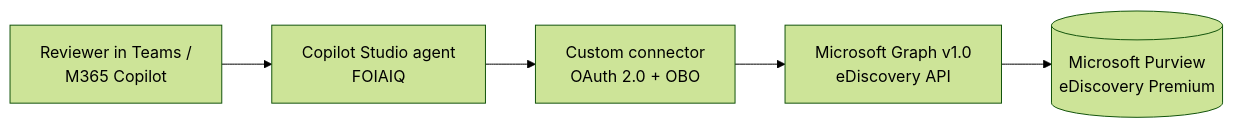
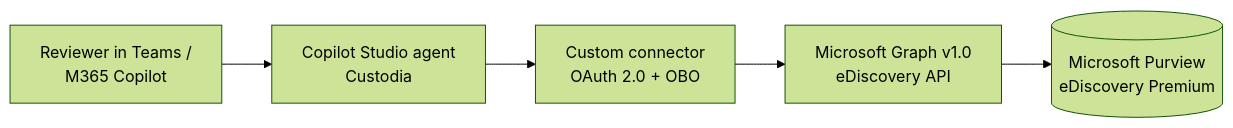
The diagram in README.md (Contoso-State/Custodia), drawn with Mermaid (forest theme) before and after one commit. The commit also changed other lines of this file and 16 other files, not shown here.

````diff
--- a/README.md
+++ b/README.md
@@ -30,7 +30,7 @@
 ```mermaid
 flowchart LR
-    R[Reviewer in Teams /<br/>M365 Copilot] --> A[Copilot Studio agent<br/>FOIAIQ]
+    R[Reviewer in Teams /<br/>M365 Copilot] --> A[Copilot Studio agent<br/>Custodia]
     A --> C[Custom connector<br/>OAuth 2.0 + OBO]
     C --> G[Microsoft Graph v1.0<br/>eDiscovery API]
     G --> P[(Microsoft Purview<br/>eDiscovery Premium)]
 ```
````
